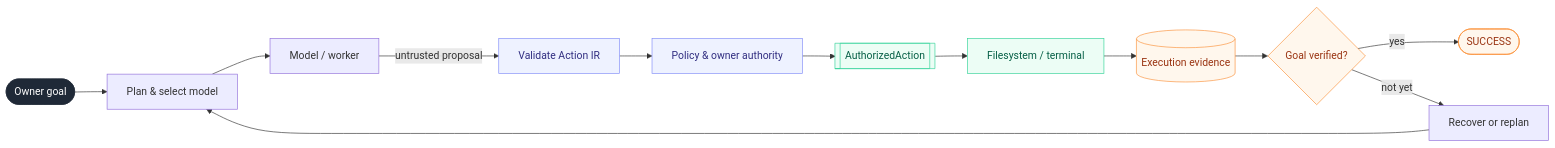
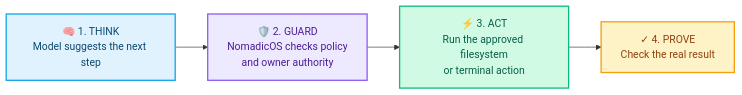
Before and after one commit to dhruv-motaval/NomadicOS: the first of 2 diagrams in README.md, drawn with Mermaid. The commit also changed other lines of this file, not shown here.

Commit message:
docs: simplify README architecture visual

````diff
--- a/README.md
+++ b/README.md
@@ -37,23 +37,18 @@
 ```mermaid
 flowchart LR
-    owner([Owner goal]) --> plan[Plan & select model]
-    plan --> model[Model / worker]
-    model -->|untrusted proposal| ir[Validate Action IR]
-    ir --> policy[Policy & owner authority]
-    policy --> action[[AuthorizedAction]]
-    action --> execute[Filesystem / terminal]
-    execute --> evidence[(Execution evidence)]
-    evidence --> verify{Goal verified?}
-    verify -->|yes| success([SUCCESS])
-    verify -->|not yet| recover[Recover or replan]
-    recover --> plan
+    think["🧠 1. THINK<br/>Model suggests the next step"]
+    guard["🛡️ 2. GUARD<br/>NomadicOS checks policy<br/>and owner authority"]
+    act["⚡ 3. ACT<br/>Run the approved filesystem<br/>or terminal action"]
+    prove["✓ 4. PROVE<br/>Check the real result"]
 
-    classDef owner fill:#1f2937,color:#fff,stroke:#1f2937
-    classDef guard fill:#eef2ff,color:#312e81,stroke:#818cf8
-    classDef action fill:#ecfdf5,color:#065f46,stroke:#34d399
-    classDef proof fill:#fff7ed,color:#9a3412,stroke:#fb923c
-    class owner owner
-    class ir,policy guard
-    class action,execute action
-    class evidence,verify,success proof
+    think --> guard --> act --> prove
+
+    classDef think fill:#e0f2fe,color:#0c4a6e,stroke:#0ea5e9,stroke-width:2px
+    classDef guard fill:#ede9fe,color:#4c1d95,stroke:#8b5cf6,stroke-width:2px
+    classDef act fill:#d1fae5,color:#065f46,stroke:#10b981,stroke-width:2px
+    classDef prove fill:#fef3c7,color:#92400e,stroke:#f59e0b,stroke-width:2px
+    class think think
+    class guard guard
+    class act act
+    class prove prove
 ```
````
